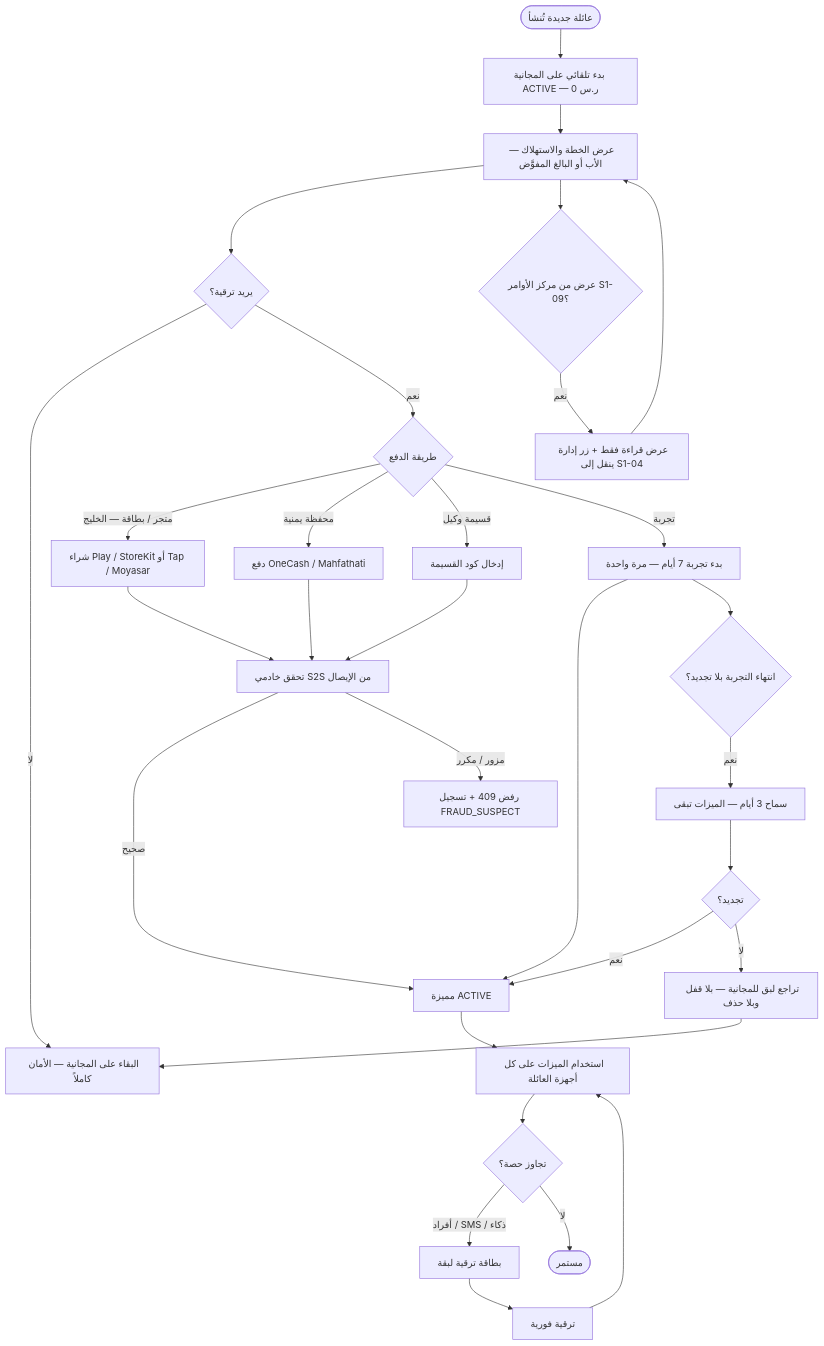
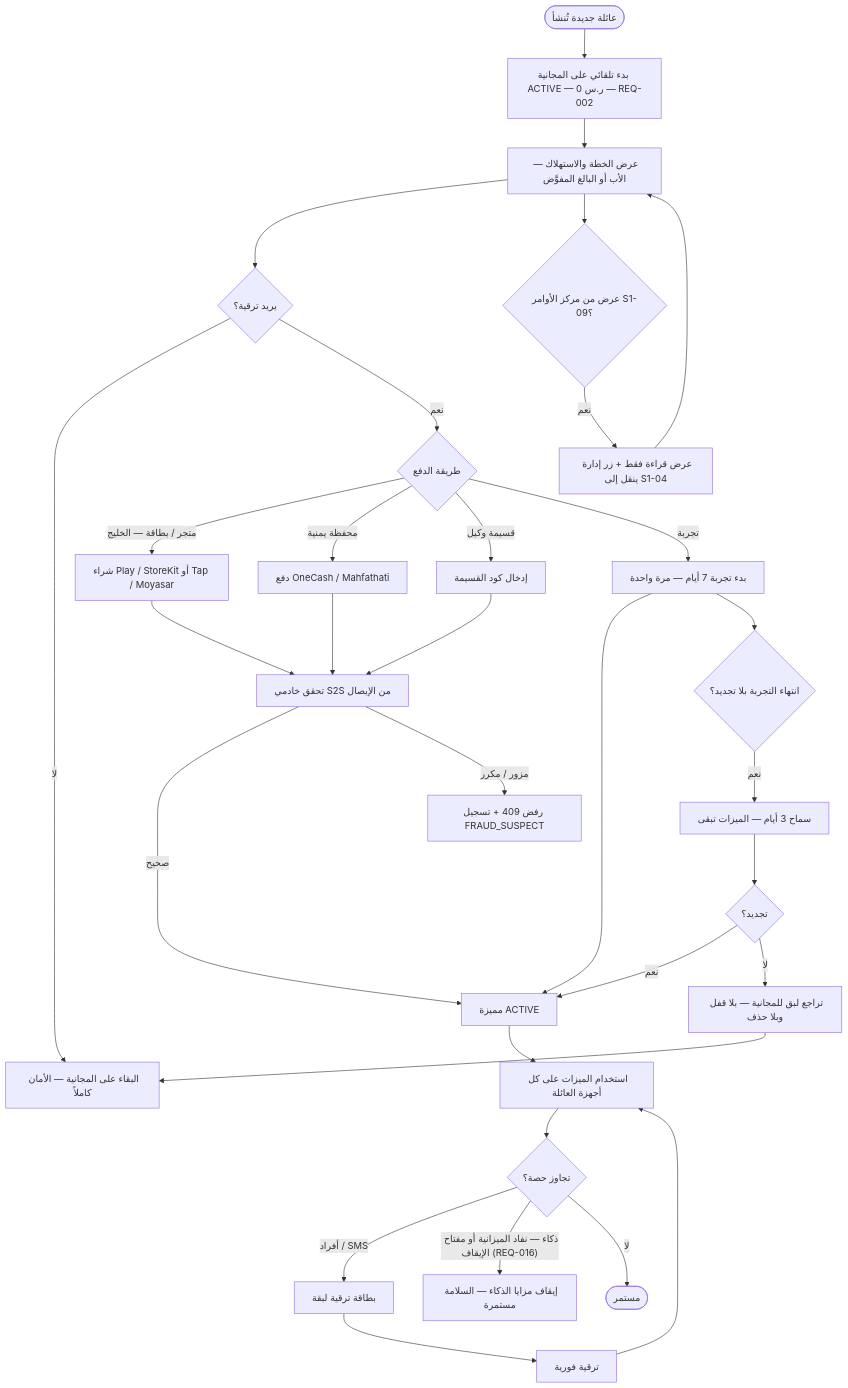
Before and after one commit to Bassam-mohammed-alqaeadi/family-os-v2: the eighth of 10 diagrams in docs/family-os/governance/phases/phase-1/S1-04-plans-and-subscriptions/DIAGRAMS.md, drawn with Mermaid. The commit also changed other lines of this file and 10 other files, not shown here.

Commit message:
إغلاق المراجعة الشاملة R1–R5 (Q-196…Q-231) — المخططات DIAGRAMS + خريطة السياق (2/4)

````diff
--- a/docs/family-os/governance/phases/phase-1/S1-04-plans-and-subscriptions/DIAGRAMS.md
+++ b/docs/family-os/governance/phases/phase-1/S1-04-plans-and-subscriptions/DIAGRAMS.md
@@ -311,33 +311,34 @@
 ```mermaid
 flowchart TD
-    Start([عائلة جديدة تُنشأ]) --> Free[بدء تلقائي على المجانية ACTIVE — 0 ر.س]
+    Start([عائلة جديدة تُنشأ]) --> Free[بدء تلقائي على المجانية ACTIVE — 0 ر.س — REQ-002]
     Free --> View[عرض الخطة والاستهلاك — الأب أو البالغ المفوَّض]
     View --> Choice{يريد ترقية؟}
     Choice -->|لا| Stay[البقاء على المجانية — الأمان كاملاً]
     Choice -->|نعم| Channel{طريقة الدفع}
     Channel -->|متجر / بطاقة — الخليج| Store[شراء Play / StoreKit أو Tap / Moyasar]
     Channel -->|محفظة يمنية| Wallet[دفع OneCash / Mahfathati]
     Channel -->|قسيمة وكيل| Voucher[إدخال كود القسيمة]
     Channel -->|تجربة| Trial[بدء تجربة 7 أيام — مرة واحدة]
     Store --> Verify[تحقق خادمي S2S من الإيصال]
     Wallet --> Verify
     Voucher --> Verify
     Trial --> Active[مميزة ACTIVE]
     Verify -->|صحيح| Active
     Verify -->|مزور / مكرر| Reject[رفض 409 + تسجيل FRAUD_SUSPECT]
     Active --> Use[استخدام الميزات على كل أجهزة العائلة]
     Use --> Quota{تجاوز حصة؟}
-    Quota -->|أفراد / SMS / ذكاء| Card[بطاقة ترقية لبقة]
+    Quota -->|أفراد / SMS| Card[بطاقة ترقية لبقة]
+    Quota -->|"ذكاء — نفاد الميزانية أو مفتاح الإيقاف (REQ-016)"| AIOff[إيقاف مزايا الذكاء — السلامة مستمرة]
     Card --> Upgrade[ترقية فورية]
     Upgrade --> Use
     Quota -->|لا| End1([مستمر])
     Trial --> Expire{انتهاء التجربة بلا تجديد؟}
     Expire -->|نعم| Grace[سماح 3 أيام — الميزات تبقى]
     Grace --> Renew{تجديد؟}
     Renew -->|نعم| Active
     Renew -->|لا| Down[تراجع لبق للمجانية — بلا قفل وبلا حذف]
     Down --> Stay
     View --> Hub{عرض من مركز الأوامر S1-09؟}
     Hub -->|نعم| ReadOnly[عرض قراءة فقط + زر إدارة ينقل إلى S1-04]
     ReadOnly --> View
 ```
````
